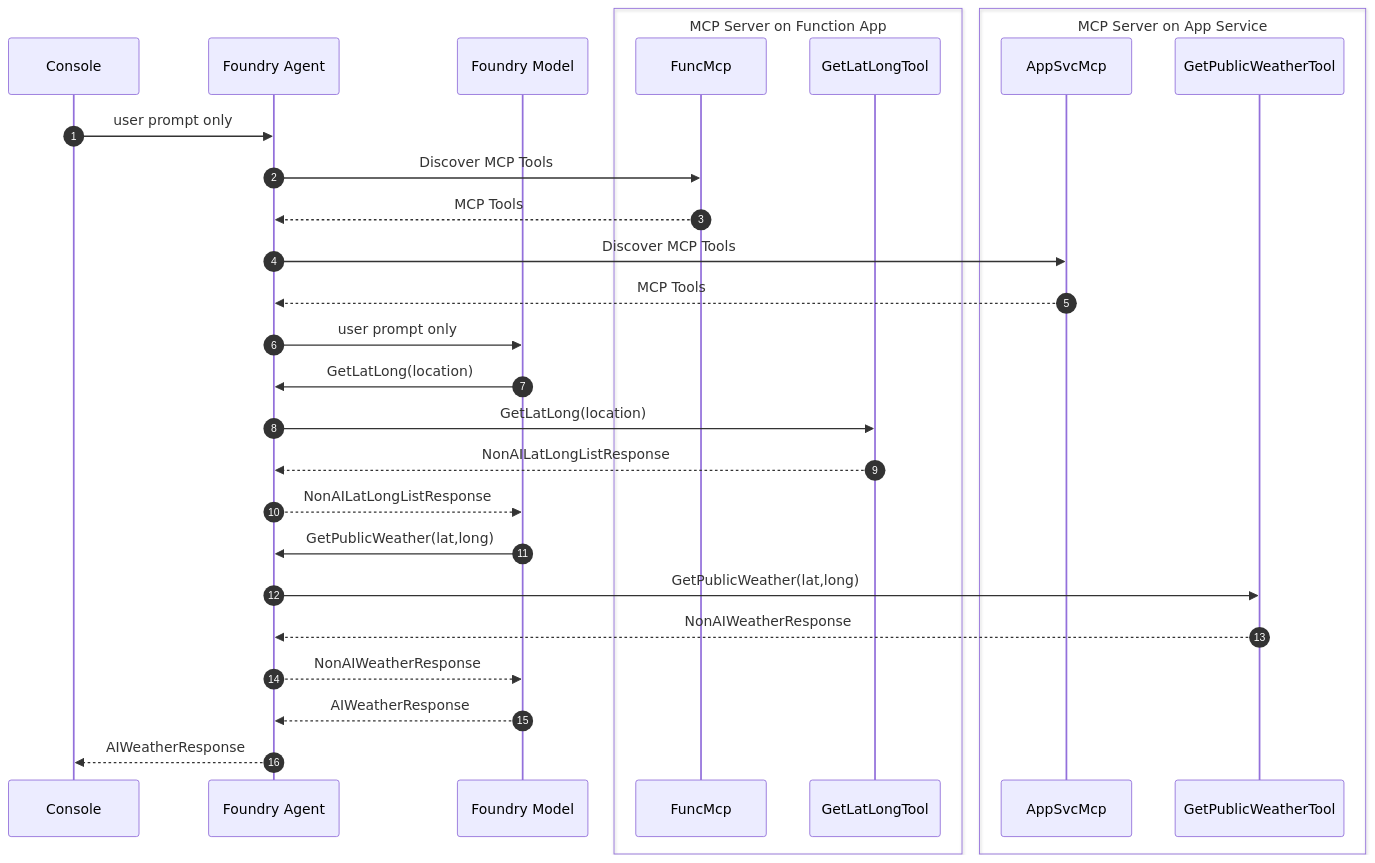
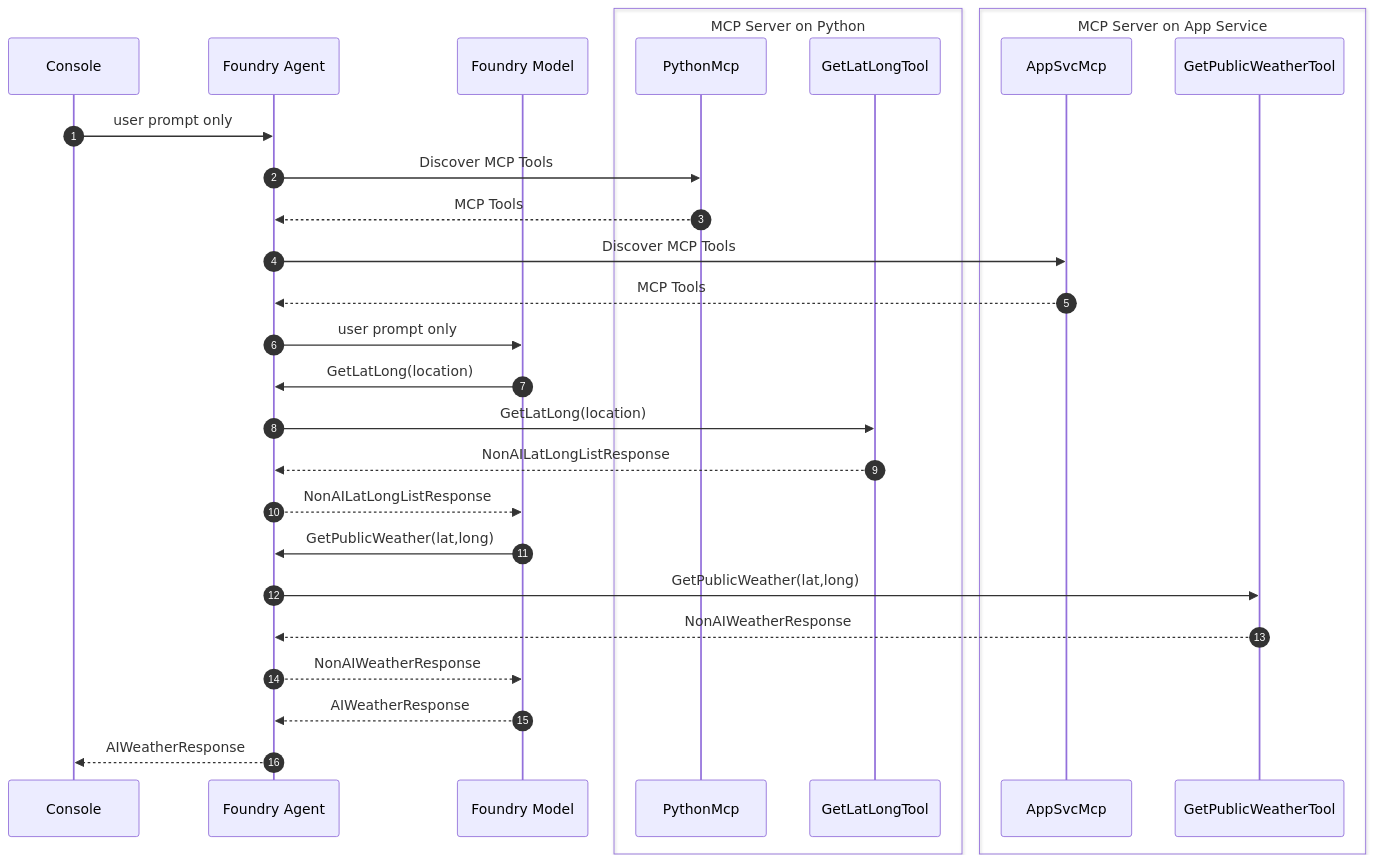
One commit to dustinkorzaan/weather-1116 changed the eighth of 8 diagrams in docs/4-demystifying-foundry-agents-mcp/demystifying-foundry-agents-mcp.md. Above: the diagram before and after it, drawn with Mermaid. The commit also changed other lines of this file and 21 other files, not shown here.

First line of the commit message:
Swap geo MCP tools: GetLatLong/GetLocation to mcp-srv-python, GetCities to mcp-srv-func-app

````diff
--- a/docs/4-demystifying-foundry-agents-mcp/demystifying-foundry-agents-mcp.md
+++ b/docs/4-demystifying-foundry-agents-mcp/demystifying-foundry-agents-mcp.md
@@ -244,32 +244,32 @@
   ```mermaid
   sequenceDiagram
       autonumber
       participant Console
       participant Agent as Foundry Agent
       participant Model as Foundry Model
-      box MCP Server on Function App
-          participant FuncMcp
+      box MCP Server on Python
+          participant PythonMcp
           participant GetLatLongTool
       end
       box MCP Server on App Service
           participant AppSvcMcp
           participant GetPublicWeatherTool
       end
 
       Console->>Agent: user prompt only
-      Agent->>FuncMcp: Discover MCP Tools
-      FuncMcp-->>Agent: MCP Tools
+      Agent->>PythonMcp: Discover MCP Tools
+      PythonMcp-->>Agent: MCP Tools
       Agent->>AppSvcMcp: Discover MCP Tools
       AppSvcMcp-->>Agent: MCP Tools
       Agent->>Model: user prompt only
       Model->>Agent: GetLatLong(location)
       Agent->>GetLatLongTool: GetLatLong(location)
       GetLatLongTool-->>Agent: NonAILatLongListResponse
       Agent-->>Model: NonAILatLongListResponse
       Model->>Agent: GetPublicWeather(lat,long)
       Agent->>GetPublicWeatherTool: GetPublicWeather(lat,long)
       GetPublicWeatherTool-->>Agent: NonAIWeatherResponse
       Agent-->>Model: NonAIWeatherResponse
       Model-->>Agent: AIWeatherResponse
       Agent-->>Console: AIWeatherResponse
   ```
````
